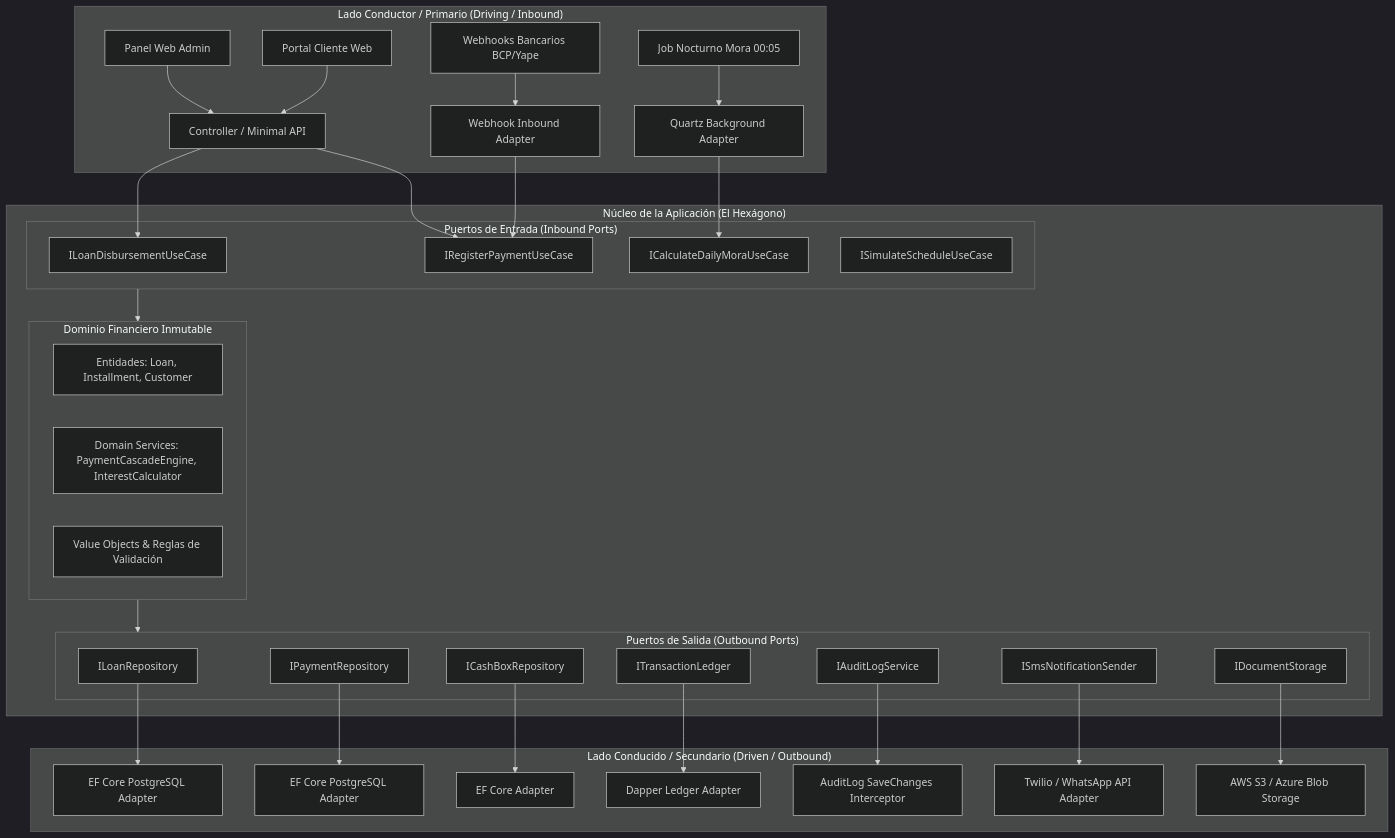
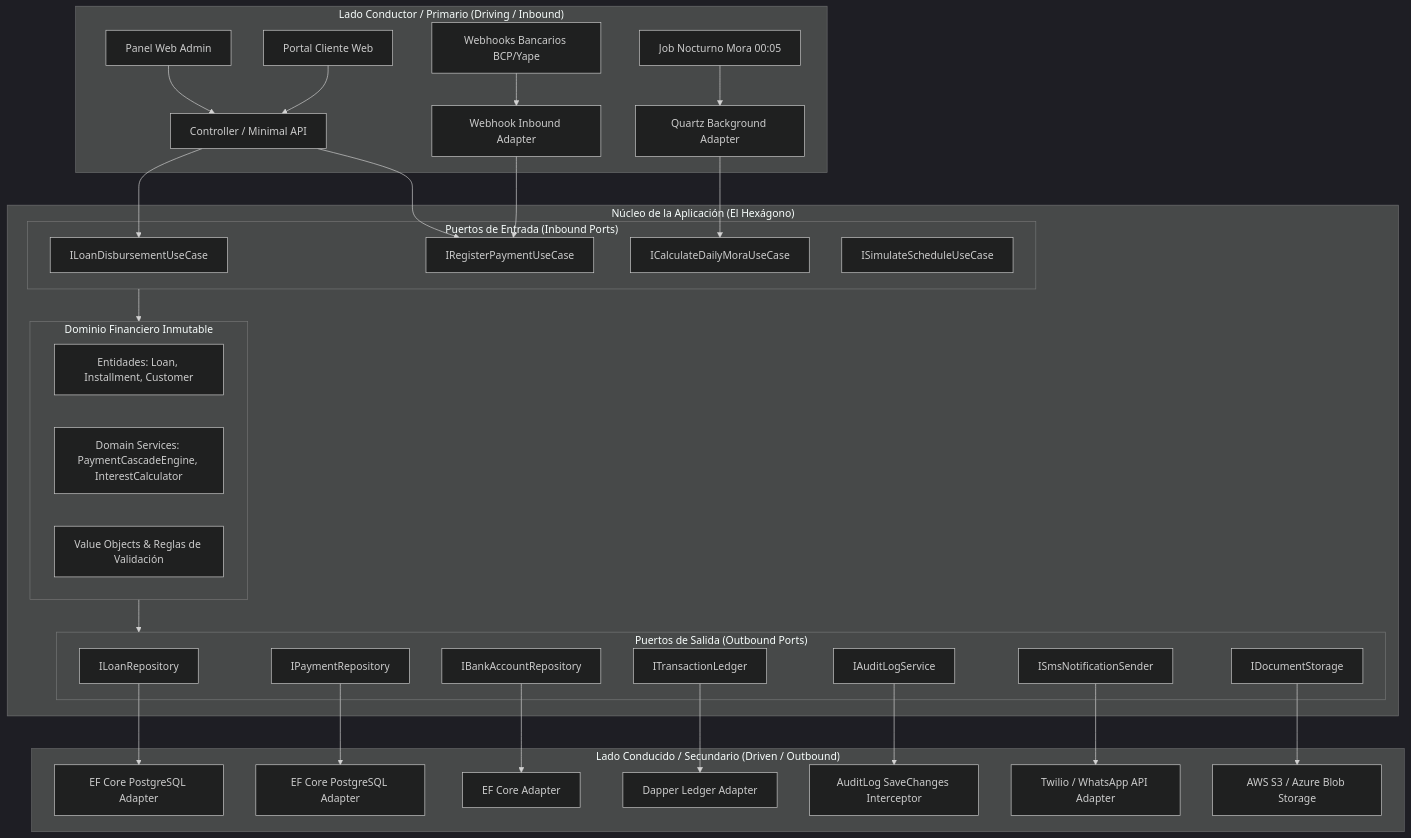
The diagram in architecture/arquitectura-hexagonal.md (YonatanLLa/-loan_system), drawn with Mermaid (dark theme) before and after one commit. The commit also changed other lines of this file and 38 other files, not shown here.

````diff
--- a/architecture/arquitectura-hexagonal.md
+++ b/architecture/arquitectura-hexagonal.md
@@ -14,52 +14,52 @@
 ```mermaid
 graph TD
     subgraph Driving_Side ["Lado Conductor / Primario (Driving / Inbound)"]
         WebAdmin[Panel Web Admin] --> HTTP_Adapter[Controller / Minimal API]
         ClientPortal[Portal Cliente Web] --> HTTP_Adapter
         BankWebhooks[Webhooks Bancarios BCP/Yape] --> Webhook_Adapter[Webhook Inbound Adapter]
         QuartzCron[Job Nocturno Mora 00:05] --> Job_Adapter[Quartz Background Adapter]
     end
 
     subgraph Hexagon ["Núcleo de la Aplicación (El Hexágono)"]
         subgraph Inbound_Ports ["Puertos de Entrada (Inbound Ports)"]
             Port_Disburse[ILoanDisbursementUseCase]
             Port_Payment[IRegisterPaymentUseCase]
             Port_Mora[ICalculateDailyMoraUseCase]
             Port_Simulate[ISimulateScheduleUseCase]
         end
 
         subgraph Core_Domain ["Dominio Financiero Inmutable"]
             Entities[Entidades: Loan, Installment, Customer]
             Services[Domain Services: PaymentCascadeEngine, InterestCalculator]
             Rules[Value Objects & Reglas de Validación]
         end
 
         subgraph Outbound_Ports ["Puertos de Salida (Outbound Ports)"]
             Port_LoanRepo[ILoanRepository]
             Port_PaymentRepo[IPaymentRepository]
-            Port_CashBox[ICashBoxRepository]
+            Port_BankAccount[IBankAccountRepository]
             Port_Ledger[ITransactionLedger]
             Port_Audit[IAuditLogService]
             Port_SMS[ISmsNotificationSender]
             Port_Storage[IDocumentStorage]
         end
 
         Inbound_Ports --> Core_Domain
         Core_Domain --> Outbound_Ports
     end
 
     subgraph Driven_Side ["Lado Conducido / Secundario (Driven / Outbound)"]
         Port_LoanRepo --> EF_LoanRepo[EF Core PostgreSQL Adapter]
         Port_PaymentRepo --> EF_PaymentRepo[EF Core PostgreSQL Adapter]
-        Port_CashBox --> EF_CashBox[EF Core Adapter]
+        Port_BankAccount --> EF_BankAccount[EF Core Adapter]
         Port_Ledger --> Dapper_Ledger[Dapper Ledger Adapter]
         Port_Audit --> Interceptor_Audit[AuditLog SaveChanges Interceptor]
         Port_SMS --> Twilio_Adapter[Twilio / WhatsApp API Adapter]
         Port_Storage --> S3_Adapter[AWS S3 / Azure Blob Storage]
     end
 
     HTTP_Adapter --> Port_Disburse
     HTTP_Adapter --> Port_Payment
     Webhook_Adapter --> Port_Payment
     Job_Adapter --> Port_Mora
 ```
````
